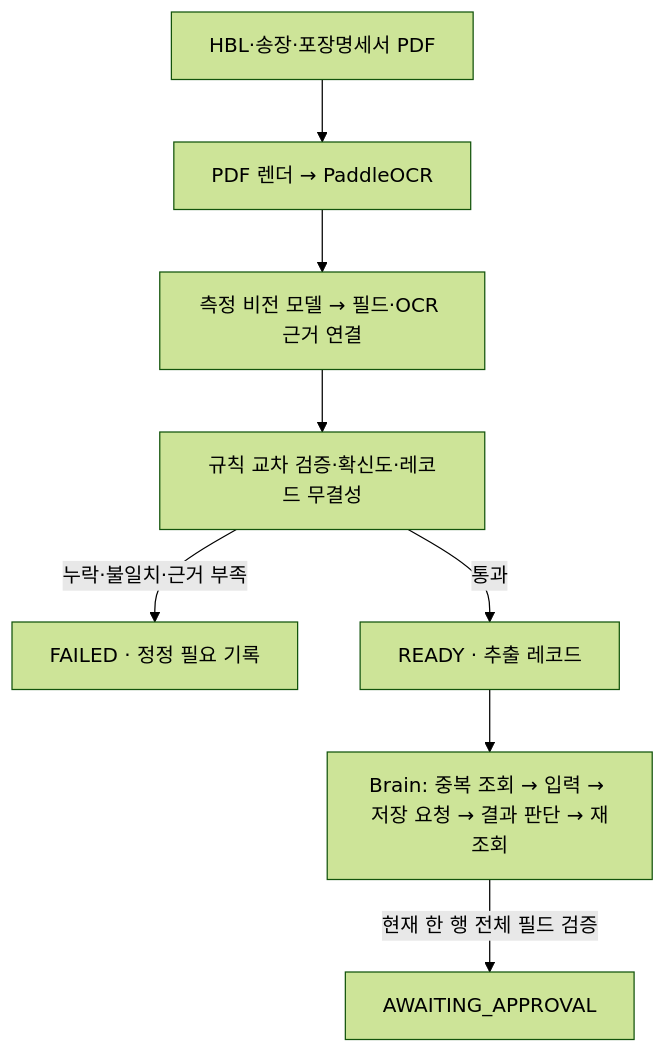
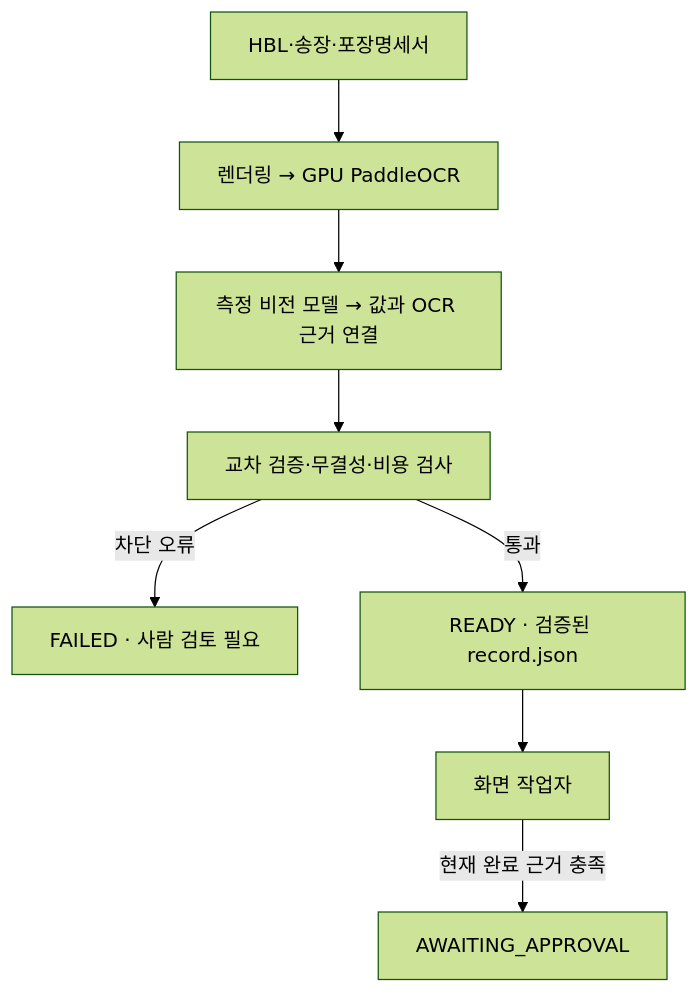
The first of 2 diagrams in docs/code-flow.md (Dreamtreeme/agent-sawon), drawn with Mermaid (forest theme) before and after one commit. The commit also changed other lines of this file and 16 other files, not shown here.

````diff
--- a/docs/code-flow.md
+++ b/docs/code-flow.md
@@ -10,10 +10,10 @@
 ```mermaid
 flowchart TD
-    DOC["HBL·송장·포장명세서 PDF"] --> OCR["PDF 렌더 → PaddleOCR"]
-    OCR --> EX["측정 비전 모델 → 필드·OCR 근거 연결"]
-    EX --> CHECK["규칙 교차 검증·확신도·레코드 무결성"]
-    CHECK -->|누락·불일치·근거 부족| FAIL["FAILED · 정정 필요 기록"]
-    CHECK -->|통과| READY["READY · 추출 레코드"]
-    READY --> BRAIN["Brain: 중복 조회 → 입력 → 저장 요청 → 결과 판단 → 재조회"]
-    BRAIN -->|현재 한 행 전체 필드 검증| APPROVAL["AWAITING_APPROVAL"]
+    DOC["HBL·송장·포장명세서"] --> OCR["렌더링 → GPU PaddleOCR"]
+    OCR --> EX["측정 비전 모델 → 값과 OCR 근거 연결"]
+    EX --> CHECK["교차 검증·무결성·비용 검사"]
+    CHECK -->|차단 오류| FAIL["FAILED · 사람 검토 필요"]
+    CHECK -->|통과| READY["READY · 검증된 record.json"]
+    READY --> WORKER["화면 작업자"]
+    WORKER -->|현재 완료 근거 충족| APPROVAL["AWAITING_APPROVAL"]
 ```
````
